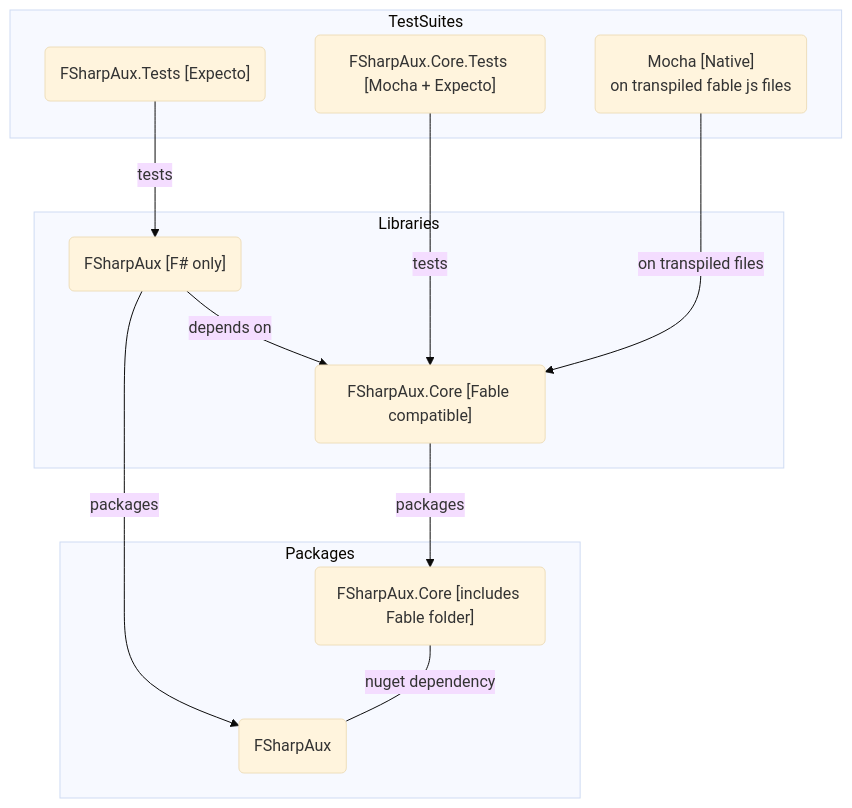
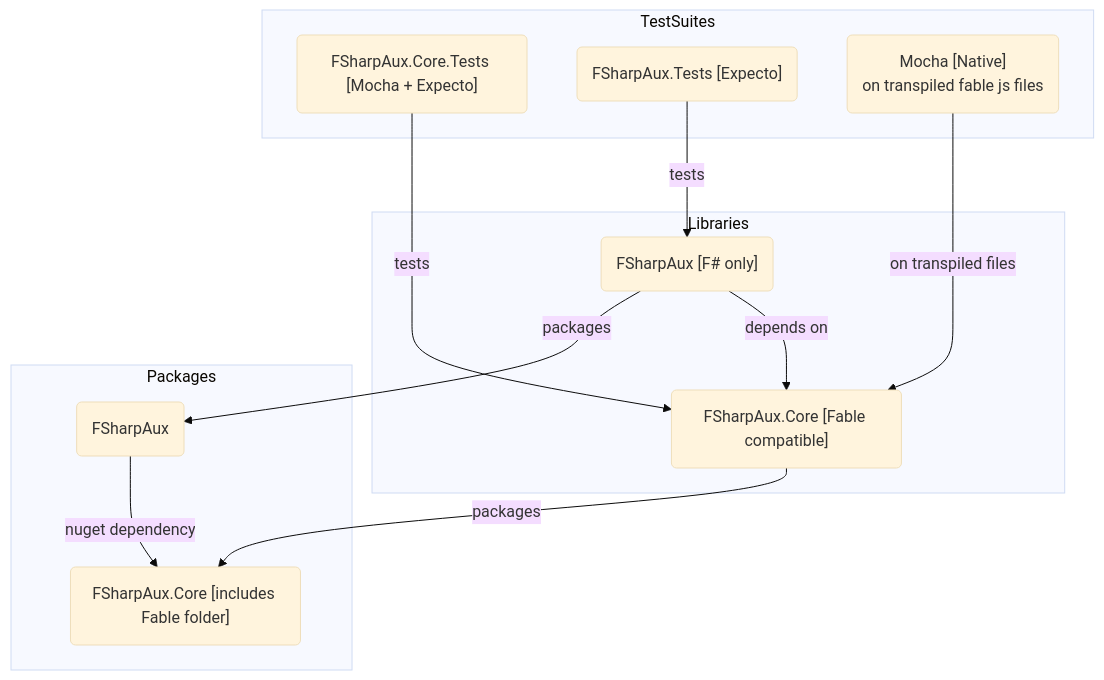
One commit to CSBiology/FSharpAux changed the diagram in README.md. Above: the diagram before and after it, drawn with Mermaid (base theme).

````diff
--- a/README.md
+++ b/README.md
@@ -22,23 +22,23 @@
 ```mermaid
 flowchart TD
 subgraph Libraries
     A("FSharpAux.Core [Fable compatible]")
     B("FSharpAux [F# only]")
     B -- depends on --> A
 end
 subgraph TestSuites
     C("FSharpAux.Core.Tests [Mocha + Expecto]")
     D("FSharpAux.Tests [Expecto]")
     M("Mocha [Native]<br>on transpiled fable js files")
     C -- tests --> A
     D -- tests --> B
     M -- on transpiled files --> A
 end
 subgraph Packages
     F("FSharpAux.Core [includes Fable folder]")
     G("FSharpAux")
     A -- packages --> F
     B -- packages --> G
-    F -- nuget dependency --- G
+    G -- nuget dependency --> F
 end
 ```
````
